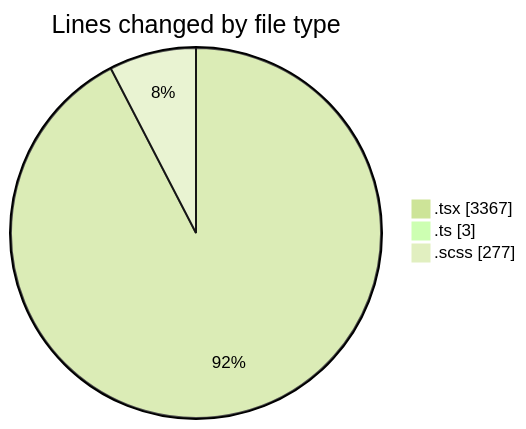
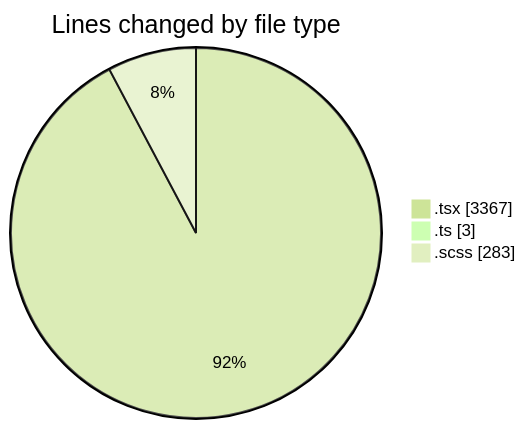
The first of 2 diagrams in 2025-11-17/cda/README.md (momahboobian/code-tracking), drawn with Mermaid (forest theme) before and after one commit. The commit also changed other lines of this file and 1 other file, not shown here.

````diff
--- a/2025-11-17/cda/README.md
+++ b/2025-11-17/cda/README.md
@@ -26,7 +26,7 @@
 ```mermaid
 pie showData
 title Lines changed by file type
 ".tsx" : 3367
 ".ts" : 3
-".scss" : 277
+".scss" : 283
 ```
````
